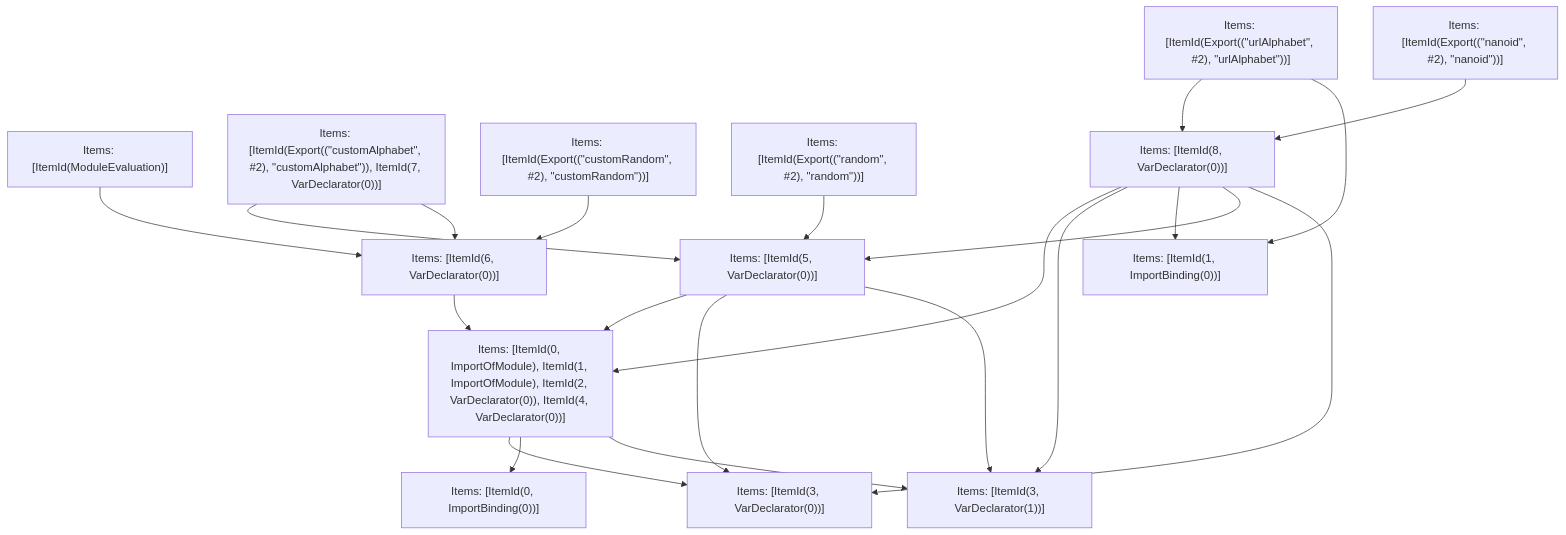
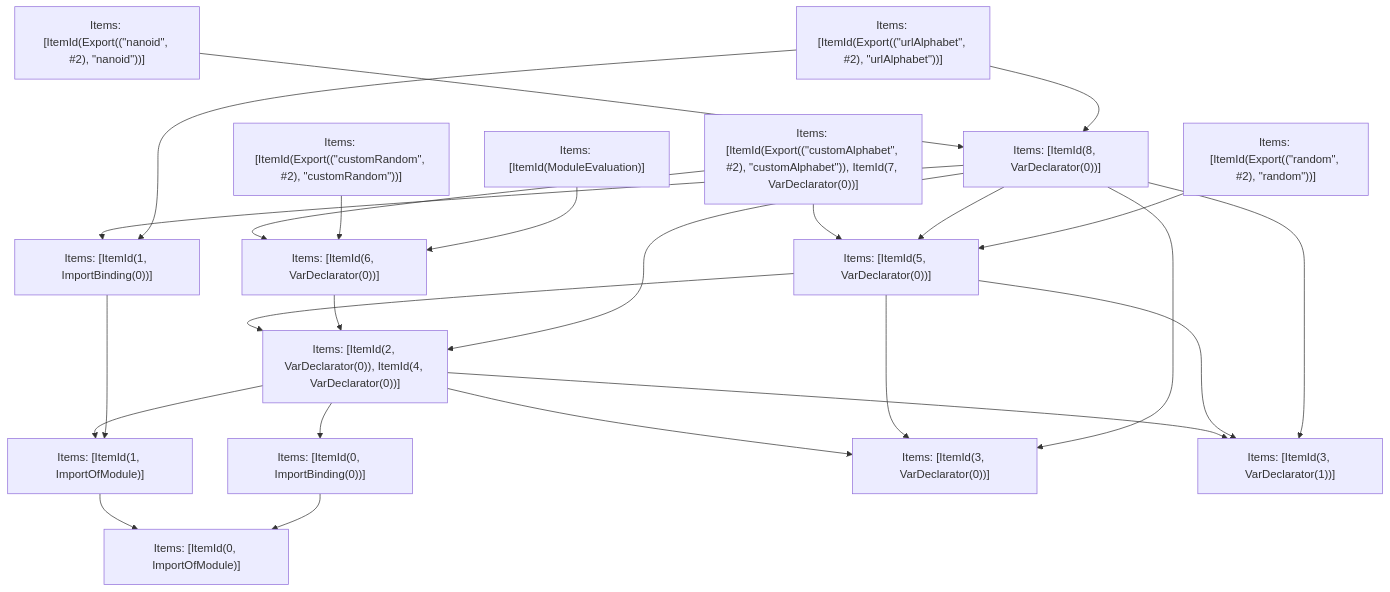
One commit to Dreitt/nextt changed the fifth of 5 diagrams in turbopack/crates/turbopack-ecmascript/tests/tree-shaker/analyzer/nanoid/output.md. Above: the diagram before and after it, drawn with Mermaid. The commit also changed other lines of this file and 19 other files, not shown here.

````diff
--- a/turbopack/crates/turbopack-ecmascript/tests/tree-shaker/analyzer/nanoid/output.md
+++ b/turbopack/crates/turbopack-ecmascript/tests/tree-shaker/analyzer/nanoid/output.md
@@ -349,37 +349,43 @@
 ```mermaid
 graph TD
     N0["Items: [ItemId(ModuleEvaluation)]"];
     N1["Items: [ItemId(Export((&quot;customAlphabet&quot;, #2), &quot;customAlphabet&quot;)), ItemId(7, VarDeclarator(0))]"];
     N2["Items: [ItemId(Export((&quot;customRandom&quot;, #2), &quot;customRandom&quot;))]"];
     N3["Items: [ItemId(Export((&quot;nanoid&quot;, #2), &quot;nanoid&quot;))]"];
     N4["Items: [ItemId(Export((&quot;random&quot;, #2), &quot;random&quot;))]"];
     N5["Items: [ItemId(Export((&quot;urlAlphabet&quot;, #2), &quot;urlAlphabet&quot;))]"];
-    N6["Items: [ItemId(0, ImportOfModule), ItemId(1, ImportOfModule), ItemId(2, VarDeclarator(0)), ItemId(4, VarDeclarator(0))]"];
+    N6["Items: [ItemId(0, ImportOfModule)]"];
     N7["Items: [ItemId(0, ImportBinding(0))]"];
-    N8["Items: [ItemId(1, ImportBinding(0))]"];
-    N9["Items: [ItemId(3, VarDeclarator(0))]"];
-    N10["Items: [ItemId(3, VarDeclarator(1))]"];
-    N11["Items: [ItemId(5, VarDeclarator(0))]"];
-    N12["Items: [ItemId(6, VarDeclarator(0))]"];
-    N13["Items: [ItemId(8, VarDeclarator(0))]"];
-    N0 --> N12;
-    N6 --> N9;
-    N5 --> N13;
-    N6 --> N7;
-    N6 --> N10;
-    N4 --> N11;
-    N11 --> N6;
-    N11 --> N9;
-    N11 --> N10;
-    N12 --> N6;
-    N1 --> N11;
-    N1 --> N12;
-    N13 --> N6;
+    N8["Items: [ItemId(1, ImportOfModule)]"];
+    N9["Items: [ItemId(1, ImportBinding(0))]"];
+    N10["Items: [ItemId(2, VarDeclarator(0)), ItemId(4, VarDeclarator(0))]"];
+    N11["Items: [ItemId(3, VarDeclarator(0))]"];
+    N12["Items: [ItemId(3, VarDeclarator(1))]"];
+    N13["Items: [ItemId(5, VarDeclarator(0))]"];
+    N14["Items: [ItemId(6, VarDeclarator(0))]"];
+    N15["Items: [ItemId(8, VarDeclarator(0))]"];
+    N8 --> N6;
+    N10 --> N11;
+    N7 --> N6;
+    N10 --> N7;
+    N10 --> N12;
+    N10 --> N8;
     N13 --> N10;
-    N13 --> N8;
     N13 --> N11;
-    N13 --> N9;
-    N3 --> N13;
-    N5 --> N8;
-    N2 --> N12;
+    N13 --> N12;
+    N14 --> N10;
+    N1 --> N13;
+    N1 --> N14;
+    N15 --> N10;
+    N15 --> N12;
+    N15 --> N9;
+    N15 --> N13;
+    N15 --> N11;
+    N3 --> N15;
+    N9 --> N8;
+    N2 --> N14;
+    N5 --> N15;
+    N5 --> N9;
+    N4 --> N13;
+    N0 --> N14;
 ```
````
